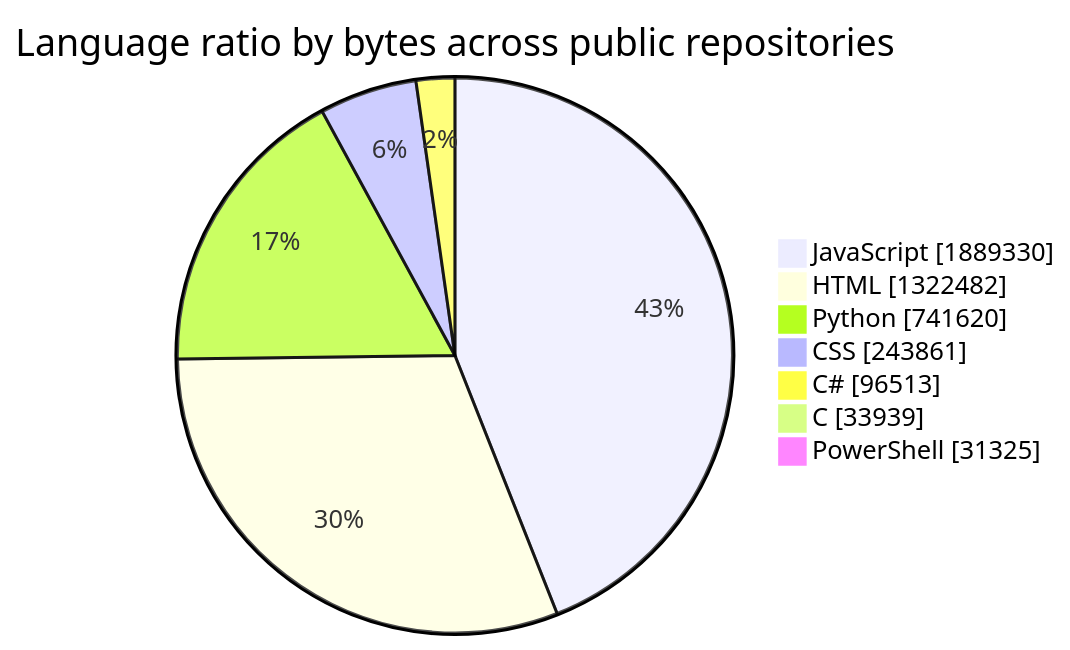
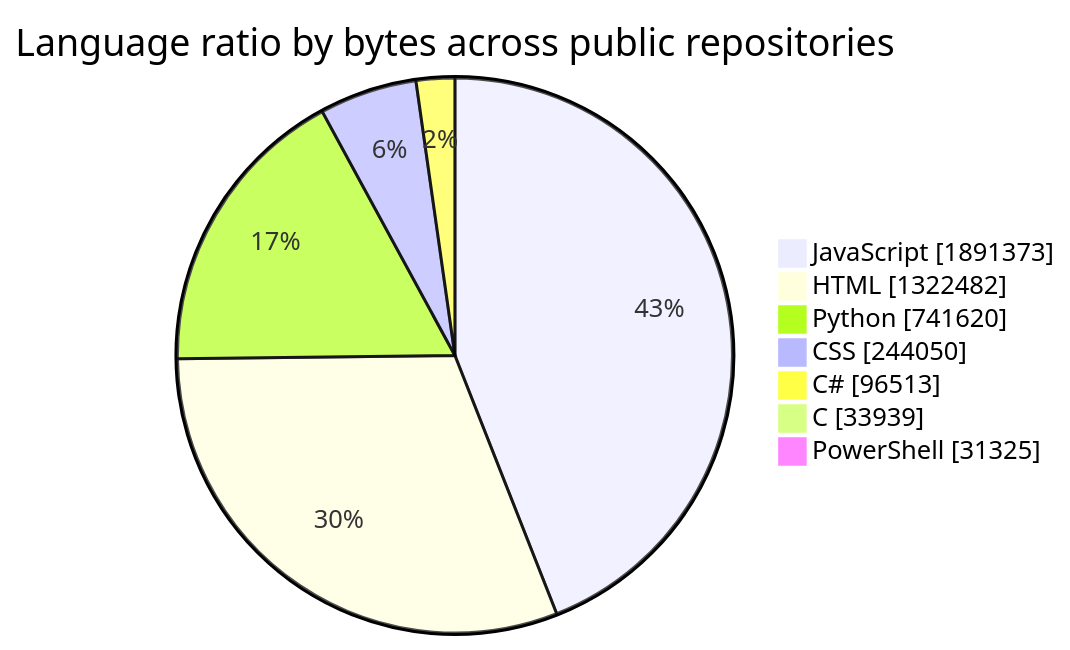
One commit to tchinso/tchinso changed the first of 2 diagrams in README.md. Above: the diagram before and after it, drawn with Mermaid. The commit also changed other lines of this file, not shown here.

````diff
--- a/README.md
+++ b/README.md
@@ -24,11 +24,11 @@
 ```mermaid
 pie showData
     title Language ratio by bytes across public repositories
-    "JavaScript" : 1889330
+    "JavaScript" : 1891373
     "HTML" : 1322482
     "Python" : 741620
-    "CSS" : 243861
+    "CSS" : 244050
     "C#" : 96513
     "C" : 33939
     "PowerShell" : 31325
 ```
````
